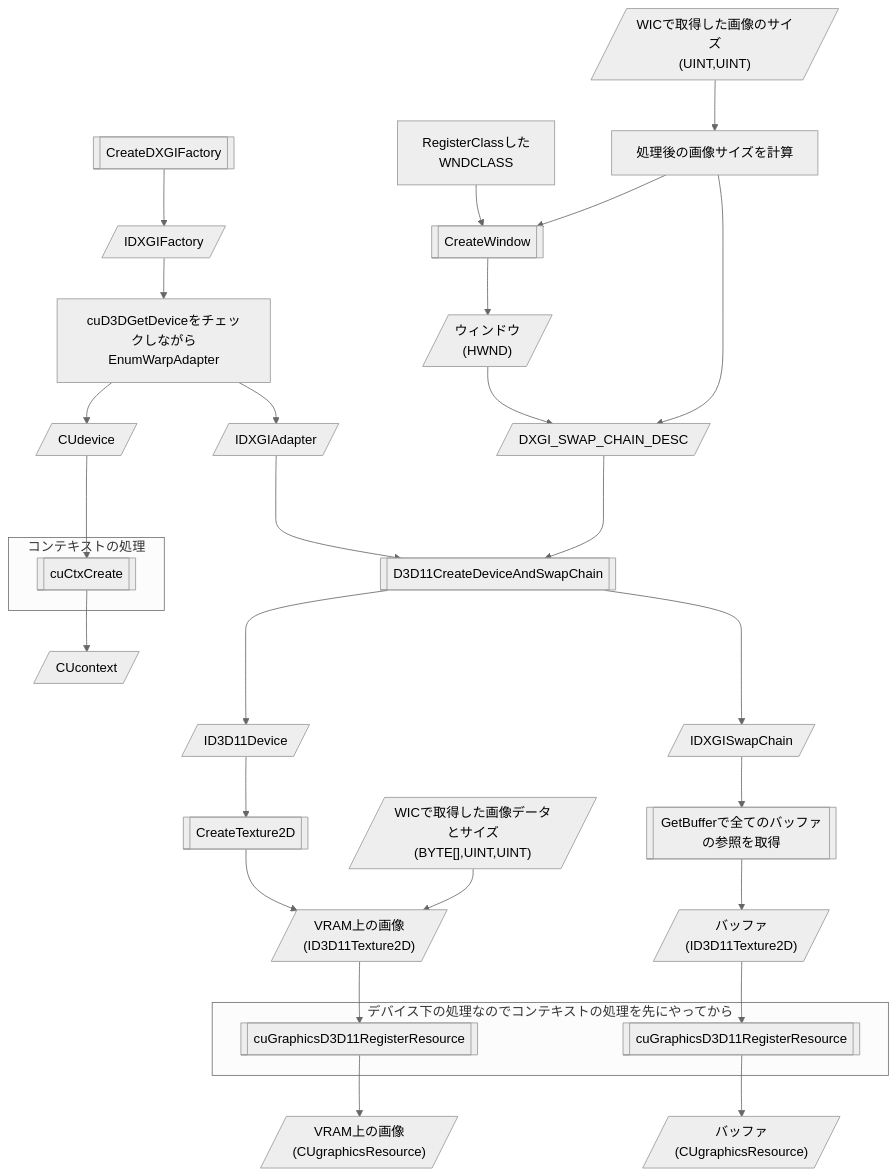
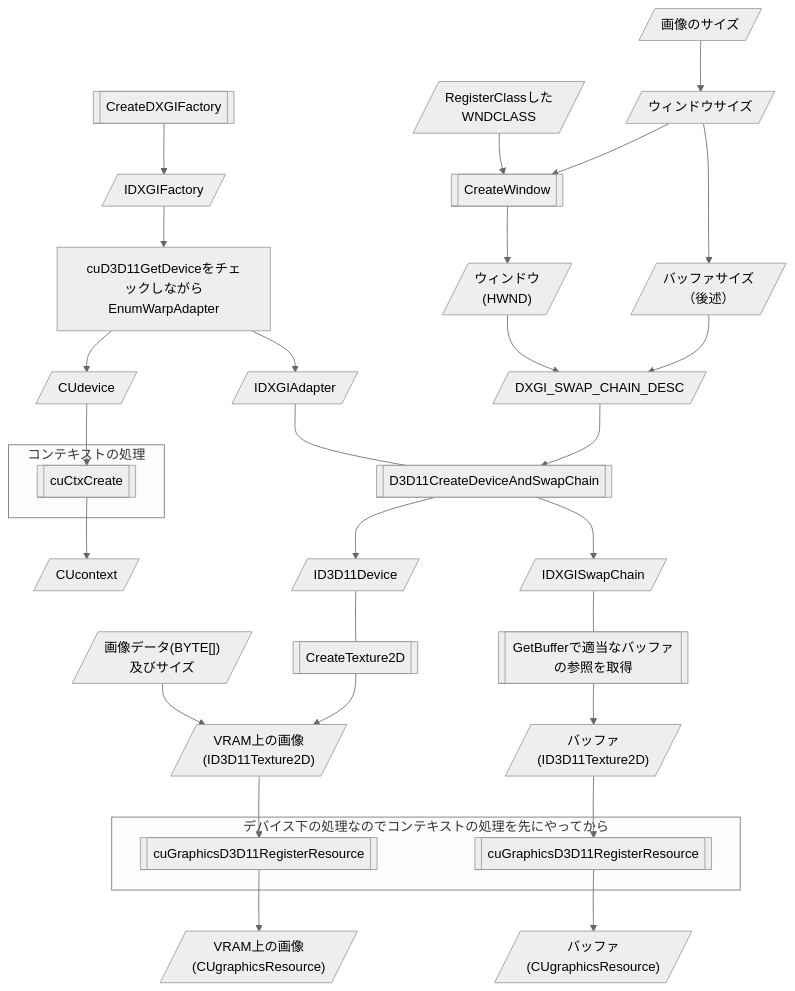
The third of 5 diagrams in README.md (t3HyperParallel/ReportGPGPU), drawn with Mermaid (neutral theme) before and after one commit. The commit also changed other lines of this file, not shown here.

````diff
--- a/README.md
+++ b/README.md
@@ -92,46 +110,49 @@
 ```mermaid
 flowchart TD
   CreateDXGIFactory[[CreateDXGIFactory]]
   -->IDXGIFactory[/"IDXGIFactory"/]
-  -->EnumWarpAdapter["cuD3DGetDeviceをチェックしながら<br/>EnumWarpAdapter"]
-  -->CUdevice[/"CUdevice"/] & IDXGIAdapter[/"IDXGIAdapter"/]
+  -->EnumWarpAdapter_cuD3D11GetDevice["cuD3D11GetDeviceをチェックしながら<br/>EnumWarpAdapter"]
+  -->IDXGIAdapter[/"IDXGIAdapter"/]
+  ---D3D11CreateDeviceAndSwapChain[[D3D11CreateDeviceAndSwapChain]]
 
-  CUdevice
-  --->cuCtxCreate[["cuCtxCreate"]]
-    -->CUcontext[/"CUcontext"/]
+  EnumWarpAdapter_cuD3D11GetDevice
+  -->CUdevice[/"CUdevice"/]
+  -->cuCtxCreate[["cuCtxCreate"]]
+  -->CUcontext[/"CUcontext"/]
 
-  RegisterClass["RegisterClassした<br/>WNDCLASS"]
-  -->CreateWindow
-  imageSize[/"WICで取得した画像のサイズ<br/>(UINT,UINT)"/]
-  -->calcImageSize["処理後の画像サイズを計算"]
+  RegisterClass[/"RegisterClassした<br/>WNDCLASS"/]
   -->CreateWindow[["CreateWindow"]]
   -->HWND[/"ウィンドウ<br/>(HWND)"/]
-  calcImageSize & HWND
   -->DXGI_SWAP_CHAIN_DESC[/"DXGI_SWAP_CHAIN_DESC"/]
+  imageSize[/"画像のサイズ"/]
+  -->windowSize[/"ウィンドウサイズ"/]
+  -->rtSize[/"バッファサイズ<br/>（後述）"/]
+  windowSize-->CreateWindow
+  rtSize-->DXGI_SWAP_CHAIN_DESC
 
-  IDXGIAdapter & DXGI_SWAP_CHAIN_DESC
-  --->D3D11CreateDeviceAndSwapChain[[D3D11CreateDeviceAndSwapChain]]
-  --->ID3D11Device[/"ID3D11Device"/] & IDXGISwapChain[/"IDXGISwapChain"/]
+  DXGI_SWAP_CHAIN_DESC
+  -->D3D11CreateDeviceAndSwapChain
+  -->ID3D11Device[/"ID3D11Device"/] & IDXGISwapChain[/"IDXGISwapChain"/]
 
-  ID3D11Device[/"ID3D11Device"/]
-  -->ID3D11Device.CreateTexture2D[["CreateTexture2D"]]
-  rawImage[/"WICで取得した画像データとサイズ<br/>(BYTE[],UINT,UINT)"/] & ID3D11Device.CreateTexture2D
+  ID3D11Device
+  ---ID3D11Device.CreateTexture2D[["CreateTexture2D"]]
+  rawImage[/"画像データ(BYTE[])<br/>及びサイズ"/] & ID3D11Device.CreateTexture2D
   -->ID3D11Texture2D[/"VRAM上の画像<br/>(ID3D11Texture2D)"/]
   -->cuGraphicsD3D11RegisterResource_image[["cuGraphicsD3D11RegisterResource"]]
   -->sourceCUgraphicsResource[/"VRAM上の画像<br/>(CUgraphicsResource)"/]
 
   IDXGISwapChain
-  -->IDXGISwapChain.GetBuffer[["GetBufferで全てのバッファの参照を取得"]]
+  ---IDXGISwapChain.GetBuffer[["GetBufferで適当なバッファの参照を取得"]]
   -->buffers[/"バッファ<br/>(ID3D11Texture2D)"/]
   -->cuGraphicsD3D11RegisterResource_target[["cuGraphicsD3D11RegisterResource"]]
   -->targetCUgraphicsResource[/"バッファ<br/>(CUgraphicsResource)"/]
 
   subgraph "コンテキストの処理"
     cuCtxCreate
   end
 
   subgraph "デバイス下の処理なのでコンテキストの処理を先にやってから" 
     cuGraphicsD3D11RegisterResource_image
     cuGraphicsD3D11RegisterResource_target
   end
 ```
````
